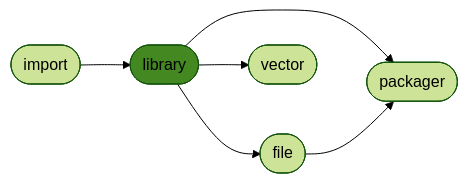
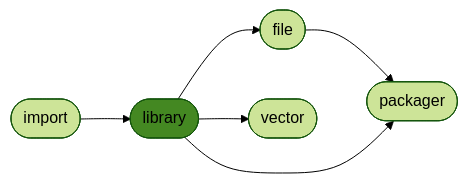
Before and after one commit to ManderaGeneral/generallibrary: the diagram in README.md, drawn with Mermaid (forest theme). The commit also changed other lines of this file, not shown here.

````diff
--- a/README.md
+++ b/README.md
@@ -16,14 +16,14 @@
 ```mermaid
 flowchart LR
+2([file]) --> 4([packager])
+0([import]) --> 1([library])
+1([library]) --> 2([file])
+1([library]) --> 3([vector])
 1([library]) --> 4([packager])
-1([library]) --> 2([file])
-0([import]) --> 1([library])
-2([file]) --> 4([packager])
-1([library]) --> 3([vector])
 click 0 "https://github.com/ManderaGeneral/generalimport"
 click 1 "https://github.com/ManderaGeneral/generallibrary"
 click 2 "https://github.com/ManderaGeneral/generalfile"
 click 3 "https://github.com/ManderaGeneral/generalvector"
 click 4 "https://github.com/ManderaGeneral/generalpackager"
 style 1 fill:#482
 ```
````
